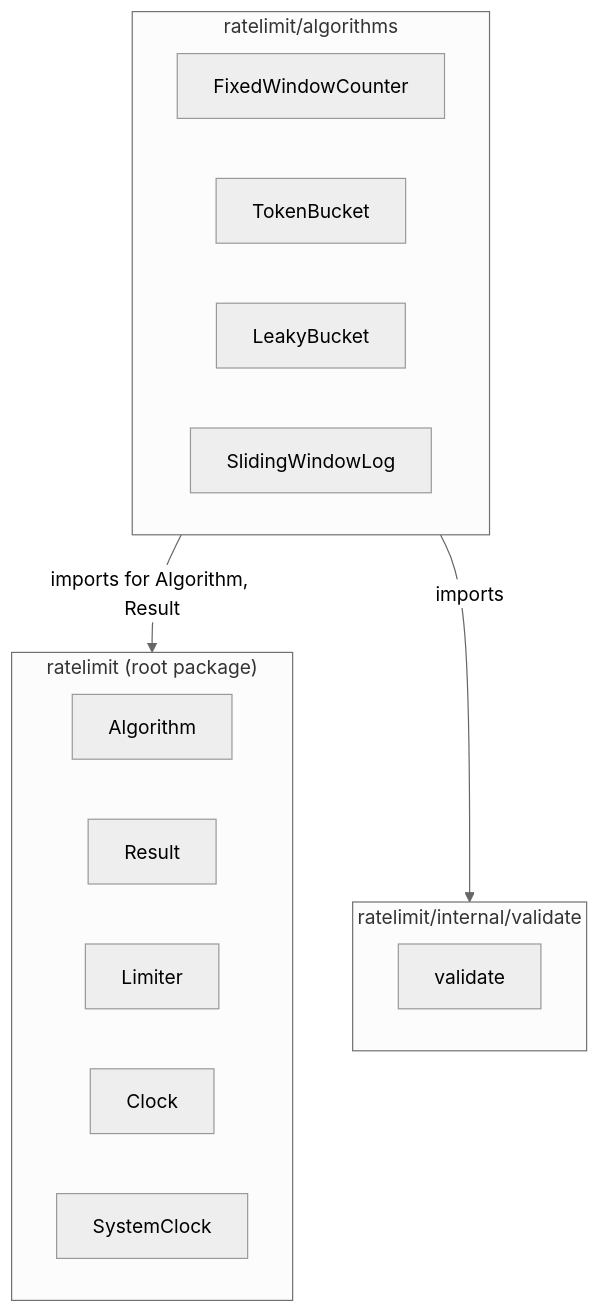
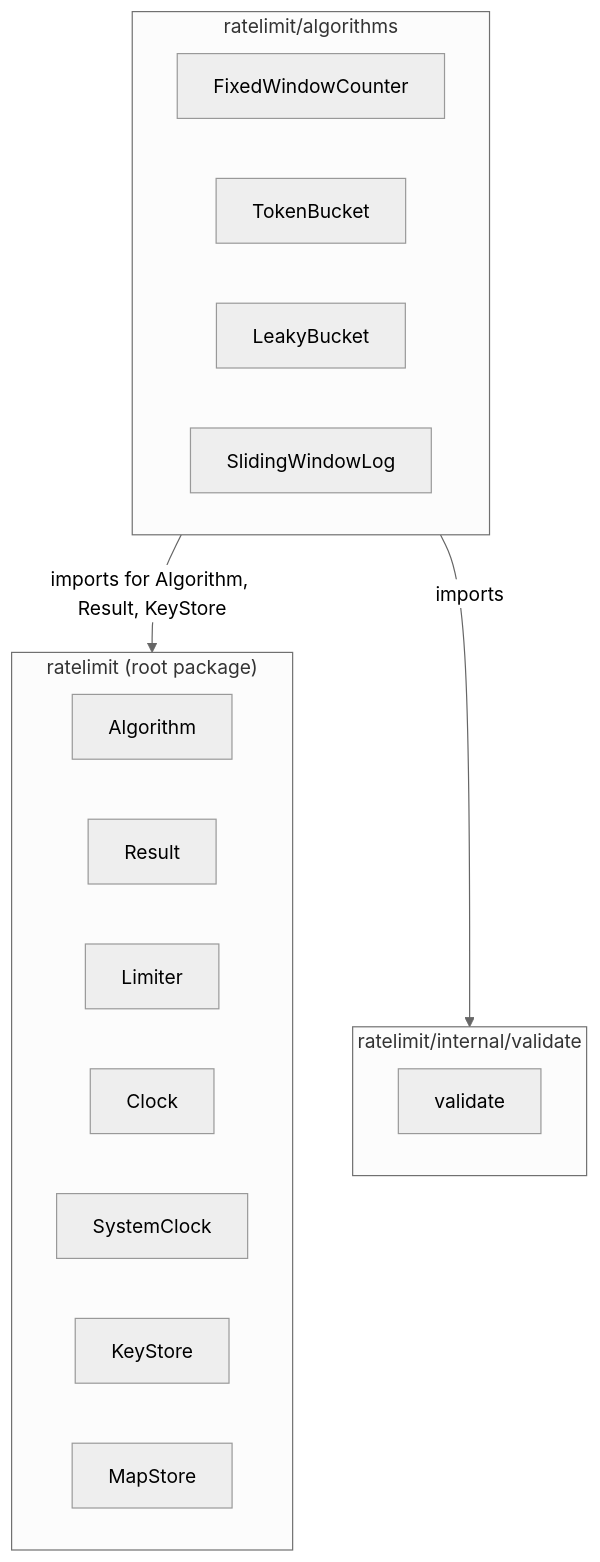
One commit to const-nash/go-rate-limiter changed the second of 3 diagrams in docs/architecture.md. Above: the diagram before and after it, drawn with Mermaid (neutral theme). The commit also changed other lines of this file and 7 other files, not shown here.

Commit message:
Introduce `KeyStore` abstraction for per-key state storage, refactor algorithms to support context-aware, multi-key functionality

````diff
--- a/docs/architecture.md
+++ b/docs/architecture.md
@@ -156,21 +237,23 @@
 ```mermaid
 flowchart TB
     subgraph root["ratelimit (root package)"]
         Algorithm
         Result
         Limiter
         Clock
         SystemClock
+        KeyStore
+        MapStore
     end
     subgraph algs["ratelimit/algorithms"]
         FixedWindowCounter
         TokenBucket
         LeakyBucket
         SlidingWindowLog
     end
     subgraph iv["ratelimit/internal/validate"]
         validate
     end
-    algs -->|imports for Algorithm, Result| root
+    algs -->|imports for Algorithm, Result, KeyStore| root
     algs -->|imports| iv
 ```
````
